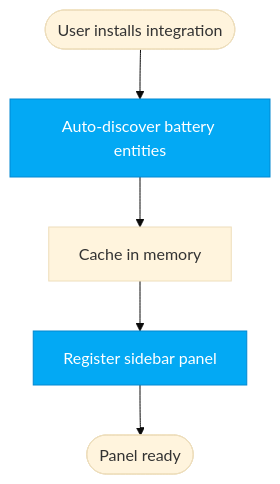
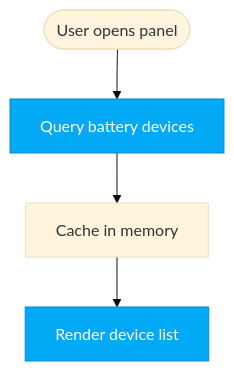
One commit to declanshanaghy/vulcan-brownout changed the sixth of 6 diagrams in vulcan-brownout-team/ux-designer/ux-assets/mermaid-style-guide.md. Above: the diagram before and after it, drawn with Mermaid (base theme). The commit also changed other lines of this file and 77 other files, not shown here.

````diff
--- a/vulcan-brownout-team/ux-designer/ux-assets/mermaid-style-guide.md
+++ b/vulcan-brownout-team/ux-designer/ux-assets/mermaid-style-guide.md
@@ -189,12 +148,11 @@
 ```mermaid
 graph TD
     classDef primary fill:#03A9F4,stroke:#0288D1,color:#FFF
 
-    install([User installs integration]) --> discover[Auto-discover battery entities]
-    discover --> cache[Cache in memory]
-    cache --> panel[Register sidebar panel]
-    panel --> ready([Panel ready])
+    user([User opens panel]) --> fetch[Query battery devices]
+    fetch --> cache[Cache in memory]
+    cache --> render[Render device list]
 
-    class discover primary
-    class panel primary
+    class fetch primary
+    class render primary
 ```
````
